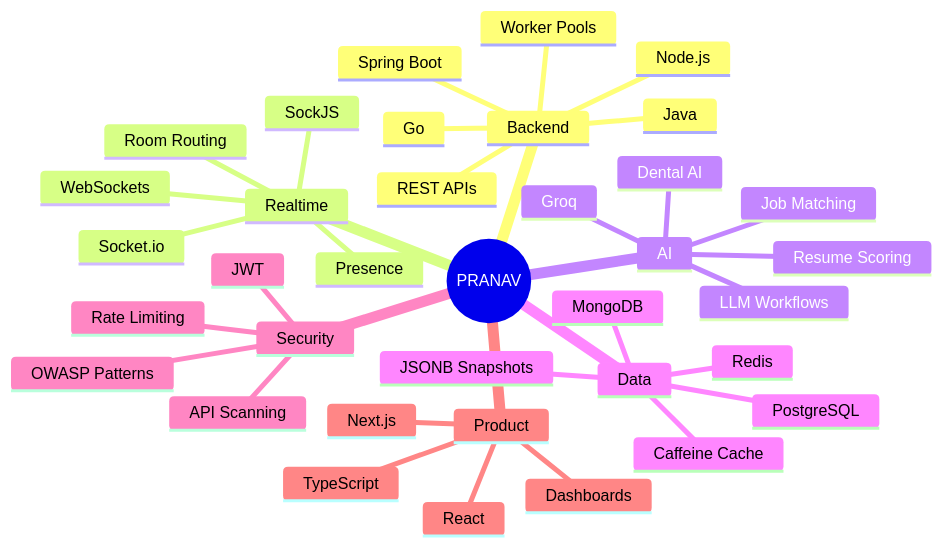
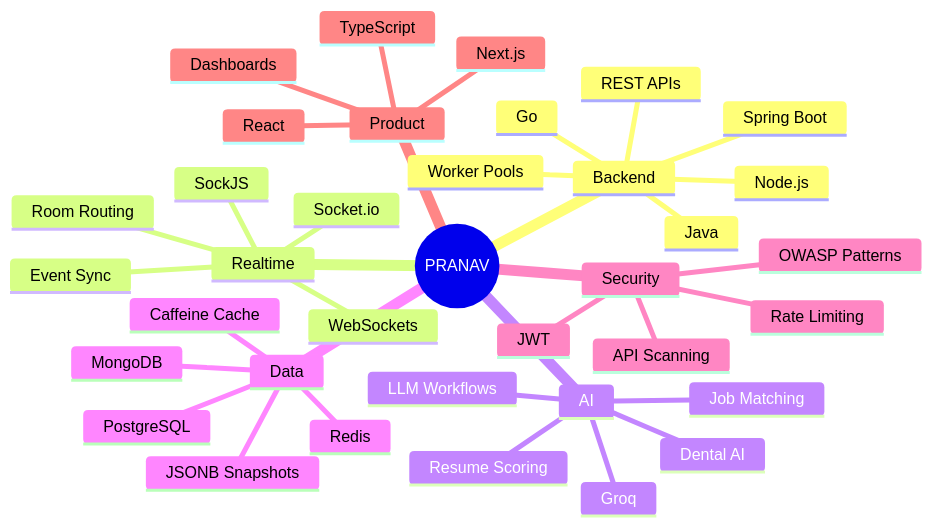
One commit to pranav8764/pranav8764 changed the diagram in README.md. Above: the diagram before and after it, drawn with Mermaid. The commit also changed other lines of this file, not shown here.

````diff
--- a/README.md
+++ b/README.md
@@ -105,39 +246,39 @@
 ```mermaid
 mindmap
   root((PRANAV))
     Backend
       Java
       Spring Boot
       Go
       Node.js
       REST APIs
       Worker Pools
     Realtime
       WebSockets
       SockJS
       Socket.io
       Room Routing
-      Presence
+      Event Sync
     AI
       Groq
       LLM Workflows
       Resume Scoring
       Job Matching
       Dental AI
     Data
       PostgreSQL
       MongoDB
       Redis
       JSONB Snapshots
       Caffeine Cache
     Security
       JWT
       API Scanning
       Rate Limiting
       OWASP Patterns
     Product
       Next.js
       React
       TypeScript
       Dashboards
 ```
````
